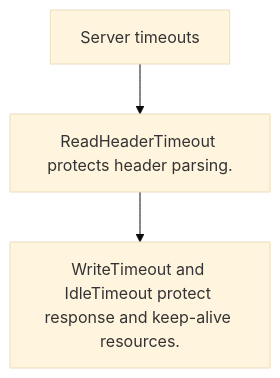
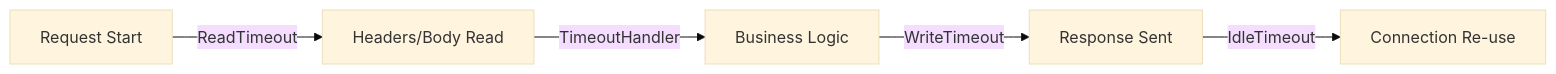
The diagram in 06-backend-db/01-web-and-database/http-servers/7-server-timeouts/README.md (swe-labs/the-go-engineer), drawn with Mermaid (base theme) before and after one commit. The commit also changed other lines of this file and 426 other files, not shown here.

````diff
--- a/06-backend-db/01-web-and-database/http-servers/7-server-timeouts/README.md
+++ b/06-backend-db/01-web-and-database/http-servers/7-server-timeouts/README.md
@@ -17,5 +22,7 @@
 ```mermaid
-graph TD
-    A["Server timeouts"] --> B["ReadHeaderTimeout protects header parsing."]
-    B --> C["WriteTimeout and IdleTimeout protect response and keep-alive resources."]
+graph LR
+    A["Request Start"] -- "ReadTimeout" --> B["Headers/Body Read"]
+    B -- "TimeoutHandler" --> C["Business Logic"]
+    C -- "WriteTimeout" --> D["Response Sent"]
+    D -- "IdleTimeout" --> E["Connection Re-use"]
 ```
````
